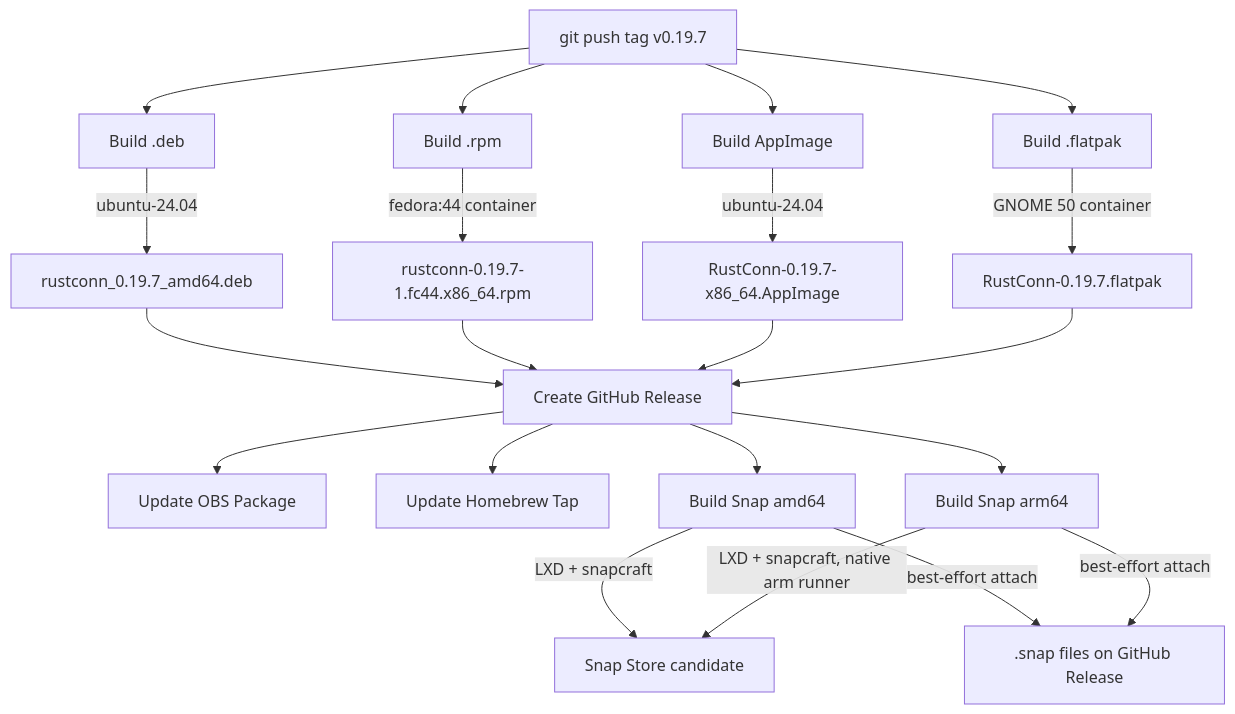
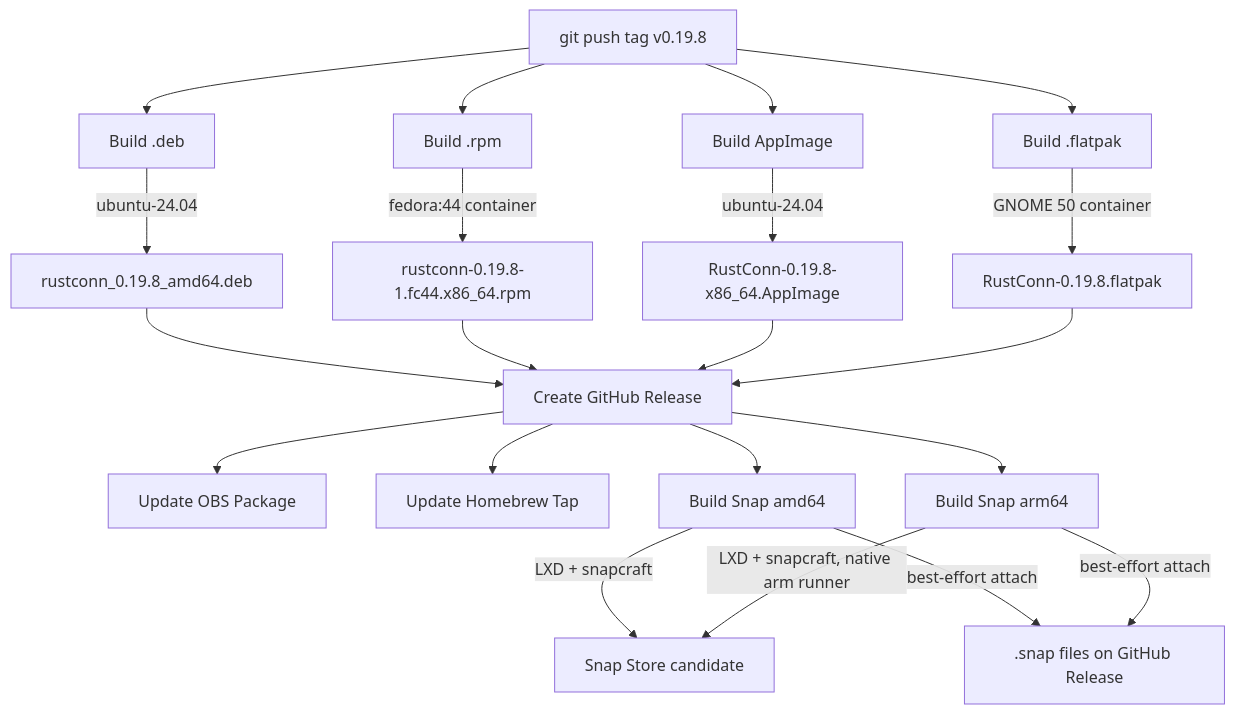
The third of 6 diagrams in docs/CI_BUILD_FLOW.md (philclifford/RustConn), drawn with Mermaid before and after one commit. The commit also changed other lines of this file and 52 other files, not shown here.

````diff
--- a/docs/CI_BUILD_FLOW.md
+++ b/docs/CI_BUILD_FLOW.md
@@ -67,26 +67,26 @@
 ```mermaid
 graph TD
-    Tag[git push tag v0.19.7] --> BuildDeb[Build .deb]
+    Tag[git push tag v0.19.8] --> BuildDeb[Build .deb]
     Tag --> BuildRPM[Build .rpm]
     Tag --> BuildAppImage[Build AppImage]
     Tag --> BuildFlatpak[Build .flatpak]
 
-    BuildDeb --> |ubuntu-24.04| DebArtifact[rustconn_0.19.7_amd64.deb]
-    BuildRPM --> |fedora:44 container| RPMArtifact[rustconn-0.19.7-1.fc44.x86_64.rpm]
-    BuildAppImage --> |ubuntu-24.04| AppImageArtifact[RustConn-0.19.7-x86_64.AppImage]
-    BuildFlatpak --> |GNOME 50 container| FlatpakArtifact[RustConn-0.19.7.flatpak]
+    BuildDeb --> |ubuntu-24.04| DebArtifact[rustconn_0.19.8_amd64.deb]
+    BuildRPM --> |fedora:44 container| RPMArtifact[rustconn-0.19.8-1.fc44.x86_64.rpm]
+    BuildAppImage --> |ubuntu-24.04| AppImageArtifact[RustConn-0.19.8-x86_64.AppImage]
+    BuildFlatpak --> |GNOME 50 container| FlatpakArtifact[RustConn-0.19.8.flatpak]
 
     DebArtifact --> Release[Create GitHub Release]
     RPMArtifact --> Release
     AppImageArtifact --> Release
     FlatpakArtifact --> Release
 
     Release --> UpdateOBS[Update OBS Package]
     Release --> Brew[Update Homebrew Tap]
     Release --> SnapAmd64[Build Snap amd64]
     Release --> SnapArm64[Build Snap arm64]
     SnapAmd64 --> |LXD + snapcraft| SnapStore[Snap Store candidate]
     SnapArm64 --> |LXD + snapcraft, native arm runner| SnapStore
     SnapAmd64 --> |best-effort attach| SnapAsset[.snap files on GitHub Release]
     SnapArm64 --> |best-effort attach| SnapAsset
 ```
````
